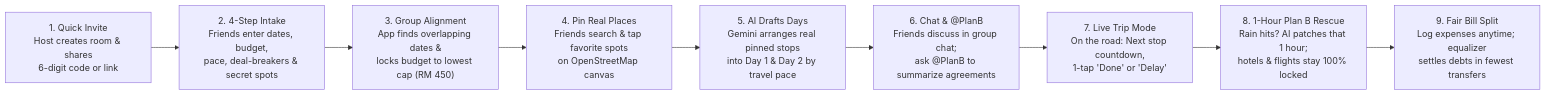
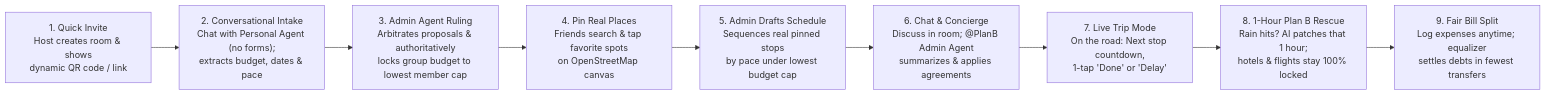
The sixth of 21 diagrams in README.md (nlzce/We-are-the-champions_Plan-B), drawn with Mermaid before and after one commit. The commit also changed other lines of this file, not shown here.

Commit message:
docs: update README with multi-agent architecture, 22-screen journey, and zero-form intake

````diff
--- a/README.md
+++ b/README.md
@@ -136,18 +245,18 @@
 ```mermaid
 flowchart LR
-  Step1["1. Quick Invite<br/>Host creates room & shares<br/>6-digit code or link"] --> Step2["2. 4-Step Intake<br/>Friends enter dates, budget,<br/>pace, deal-breakers & secret spots"]
+  Step1["1. Quick Invite<br/>Host creates room & shows<br/>dynamic QR code / link"] --> Step2["2. Conversational Intake<br/>Chat with Personal Agent (no forms);<br/>extracts budget, dates & pace"]
 
-  Step2 --> Step3["3. Group Alignment<br/>App finds overlapping dates &<br/>locks budget to lowest cap (RM 450)"]
+  Step2 --> Step3["3. Admin Agent Ruling<br/>Arbitrates proposals & authoritatively<br/>locks group budget to lowest member cap"]
 
   Step3 --> Step4["4. Pin Real Places<br/>Friends search & tap favorite spots<br/>on OpenStreetMap canvas"]
 
-  Step4 --> Step5["5. AI Drafts Days<br/>Gemini arranges real pinned stops<br/>into Day 1 & Day 2 by travel pace"]
+  Step4 --> Step5["5. Admin Drafts Schedule<br/>Sequences real pinned stops<br/>by pace under lowest budget cap"]
 
-  Step5 --> Step6["6. Chat & @PlanB<br/>Friends discuss in group chat;<br/>ask @PlanB to summarize agreements"]
+  Step5 --> Step6["6. Chat & Concierge<br/>Discuss in room; @PlanB Admin Agent<br/>summarizes & applies agreements"]
 
   Step6 --> Step7["7. Live Trip Mode<br/>On the road: Next stop countdown,<br/>1-tap 'Done' or 'Delay'"]
 
   Step7 --> Step8["8. 1-Hour Plan B Rescue<br/>Rain hits? AI patches that 1 hour;<br/>hotels & flights stay 100% locked"]
 
   Step8 --> Step9["9. Fair Bill Split<br/>Log expenses anytime; equalizer<br/>settles debts in fewest transfers"]
 ```
````
